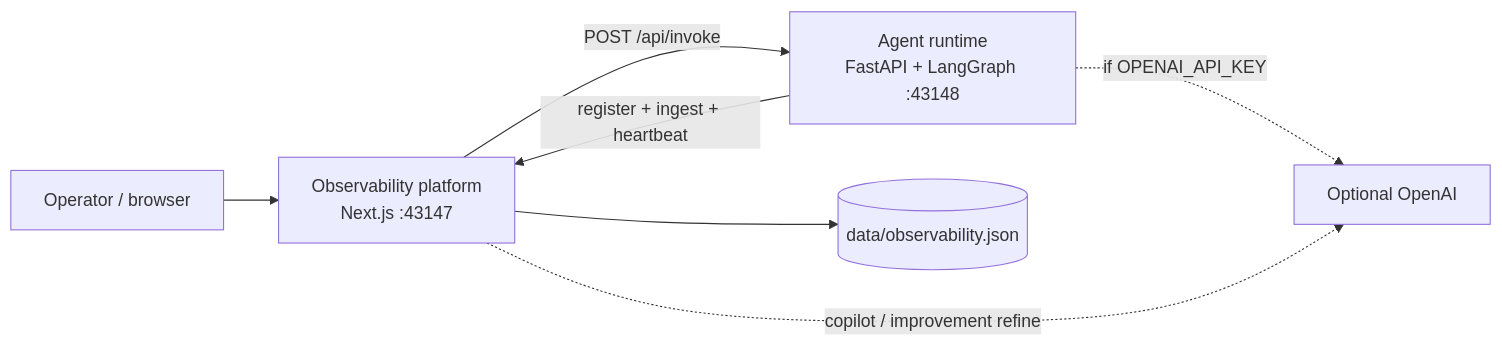
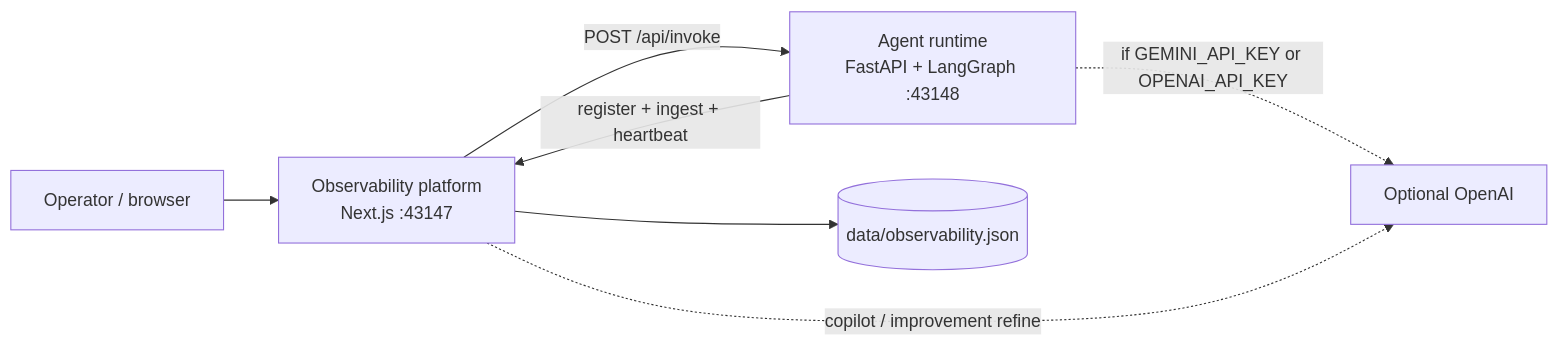
Before and after one commit to LuC-9/agent-ops: the first of 2 diagrams in docs/HLD.md, drawn with Mermaid. The commit also changed other lines of this file and 9 other files, not shown here.

````diff
--- a/docs/HLD.md
+++ b/docs/HLD.md
@@ -11,15 +11,15 @@
 ```mermaid
 flowchart LR
   Operator[Operator / browser]
   Dash[Observability platform\nNext.js :43147]
   Runtime[Agent runtime\nFastAPI + LangGraph :43148]
   LLM[Optional OpenAI]
   Store[(data/observability.json)]
 
   Operator --> Dash
   Dash -->|POST /api/invoke| Runtime
   Runtime -->|register + ingest + heartbeat| Dash
   Dash --> Store
-  Runtime -.->|if OPENAI_API_KEY| LLM
+  Runtime -.->|if GEMINI_API_KEY or OPENAI_API_KEY| LLM
   Dash -.->|copilot / improvement refine| LLM
 ```
````
